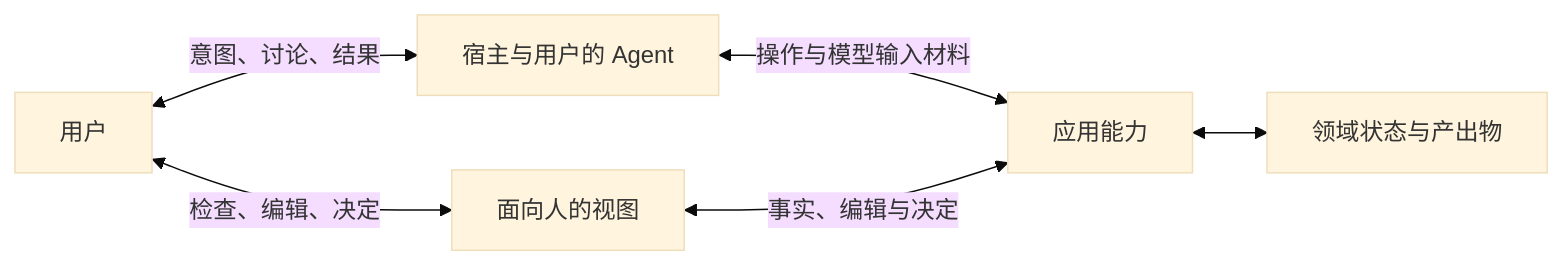
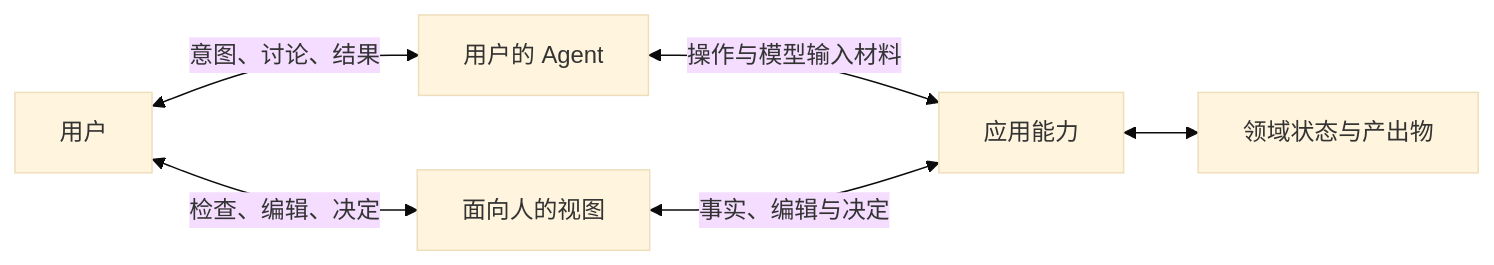
Before and after one commit to suraciii/agent-native-manifesto: the diagram in zh-CN/docs/foundations.md, drawn with Mermaid (base theme). The commit also changed other lines of this file and 33 other files, not shown here.

````diff
--- a/zh-CN/docs/foundations.md
+++ b/zh-CN/docs/foundations.md
@@ -51,8 +51,8 @@
 ```mermaid
 flowchart LR
-    P[用户] <-->|意图、讨论、结果| H[宿主与用户的 Agent]
+    P[用户] <-->|意图、讨论、结果| G[用户的 Agent]
     P <-->|检查、编辑、决定| V[面向人的视图]
-    H <-->|操作与模型输入材料| A[应用能力]
+    G <-->|操作与模型输入材料| A[应用能力]
     V <-->|事实、编辑与决定| A
     A <--> S[领域状态与产出物]
 ```
````
